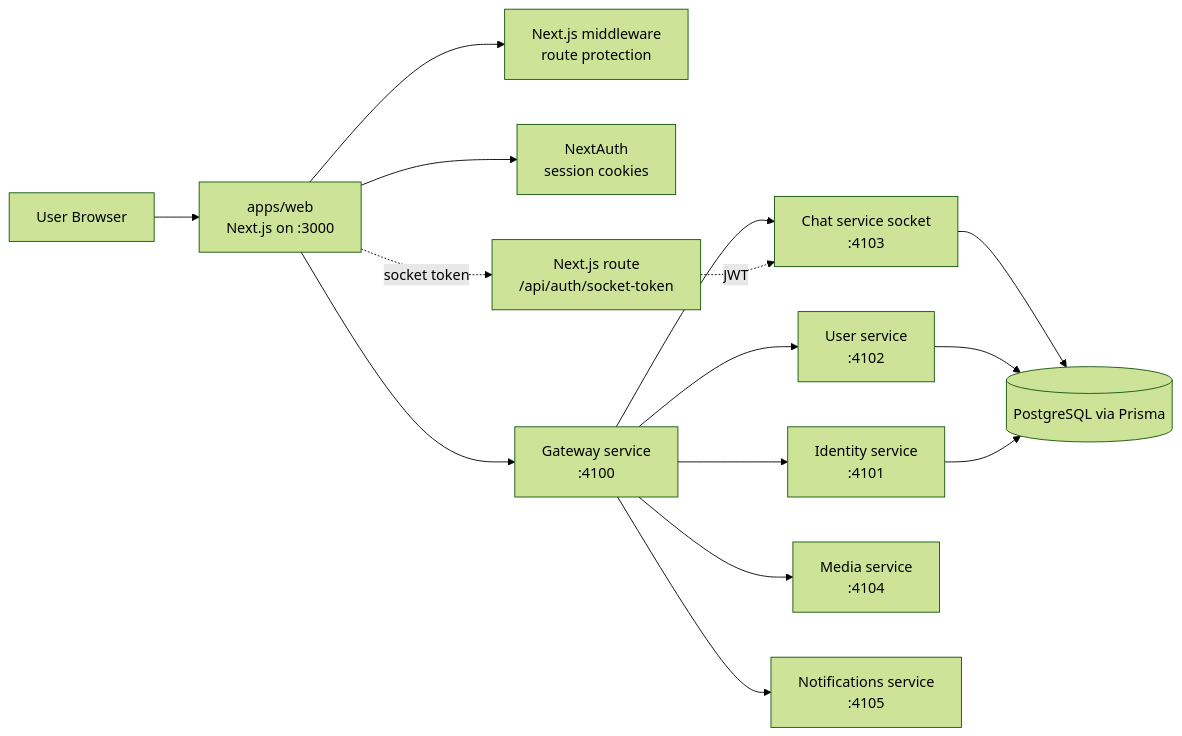
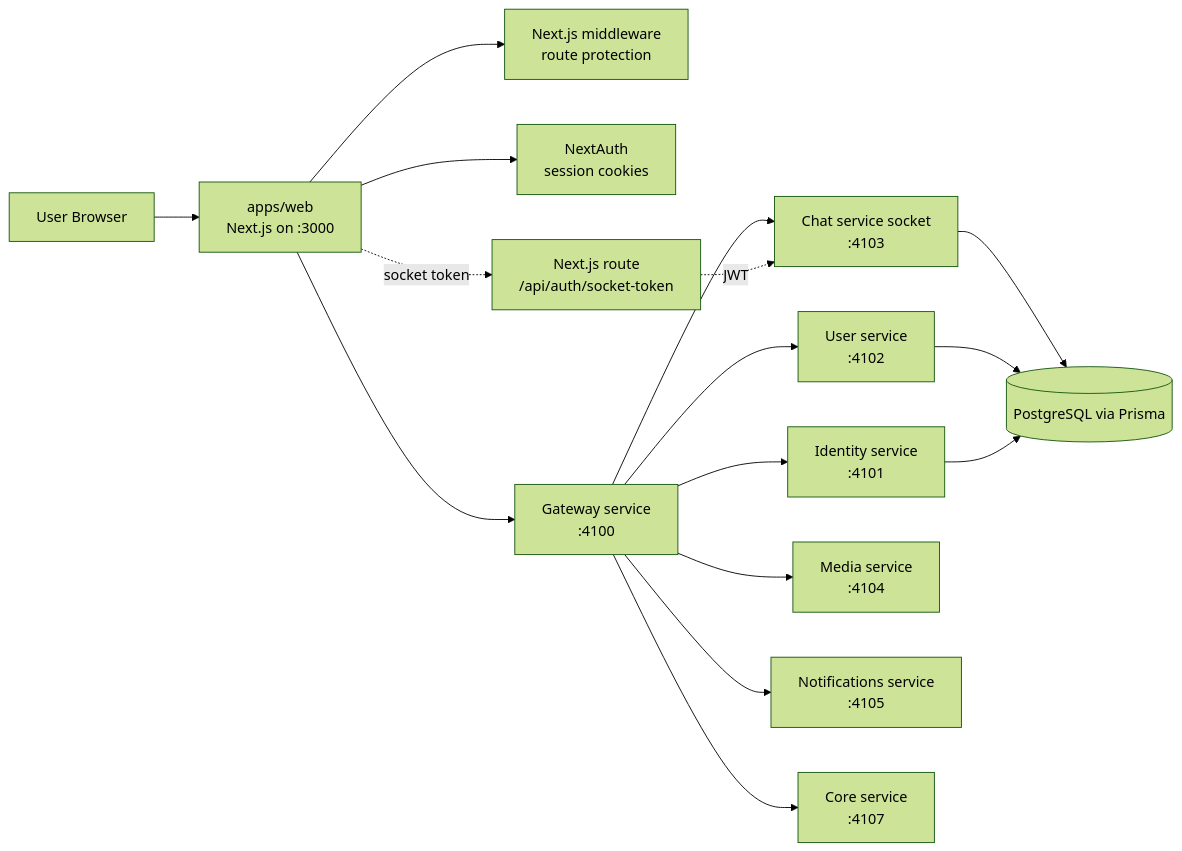
The first of 7 diagrams in docs/LOCALHOST_3000_REQUEST_WORKFLOW.md (Sam231221/Yome), drawn with Mermaid (forest theme) before and after one commit. The commit also changed other lines of this file and 4 other files, not shown here.

````diff
--- a/docs/LOCALHOST_3000_REQUEST_WORKFLOW.md
+++ b/docs/LOCALHOST_3000_REQUEST_WORKFLOW.md
@@ -15,19 +15,20 @@
 ```mermaid
 flowchart LR
     U[User Browser] --> W[apps/web<br/>Next.js on :3000]
     W --> M[Next.js middleware<br/>route protection]
     W --> N[NextAuth<br/>session cookies]
     W --> G[Gateway service<br/>:4100]
     W -.socket token.-> A1[Next.js route<br/>/api/auth/socket-token]
     A1 -.JWT.-> C[Chat service socket<br/>:4103]
 
     G --> A[Identity service<br/>:4101]
     G --> B[User service<br/>:4102]
     G --> C
     G --> D[Media service<br/>:4104]
     G --> E[Notifications service<br/>:4105]
+    G --> O[Core service<br/>:4107]
 
     A --> DB[(PostgreSQL via Prisma)]
     B --> DB
     C --> DB
 ```
````
